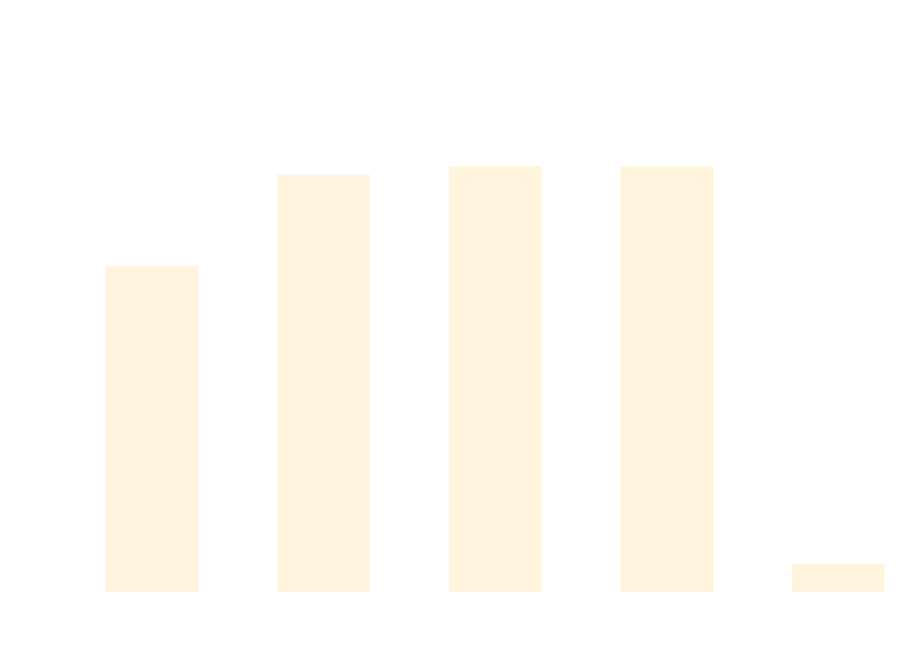
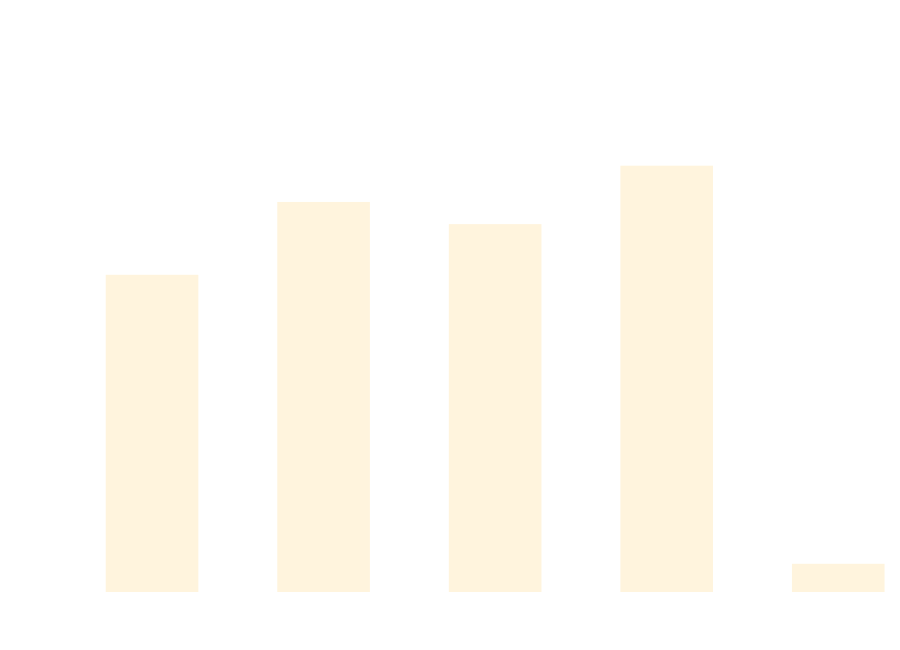
Before and after one commit to thomhurst/TUnit: the diagram in docs/docs/benchmarks/DataDrivenTests.md, drawn with Mermaid. The commit also changed other lines of this file and 17 other files, not shown here.

````diff
--- a/docs/docs/benchmarks/DataDrivenTests.md
+++ b/docs/docs/benchmarks/DataDrivenTests.md
@@ -27,37 +27,37 @@
 ```mermaid
 %%{init: {
   'theme':'base',
   'themeVariables': {
     'primaryColor': '#2563eb',
     'primaryTextColor': '#ffffff',
     'primaryBorderColor': '#1e40af',
     'lineColor': '#6b7280',
     'secondaryColor': '#7c3aed',
     'tertiaryColor': '#dc2626',
     'background': '#ffffff',
     'mainBkg': '#2563eb',
     'secondBkg': '#7c3aed',
     'tertiaryBkg': '#dc2626',
     'clusterBkg': '#f3f4f6',
     'edgeLabelBackground': '#ffffff',
     'tertiaryTextColor': '#1f2937',
     'pie1': '#2563eb',
     'pie2': '#7c3aed',
     'pie3': '#dc2626',
     'pie4': '#f59e0b',
     'pie5': '#10b981',
     'pie6': '#06b6d4',
     'pie7': '#ec4899',
     'pie8': '#6366f1',
     'pie9': '#84cc16',
     'pie10': '#f97316',
     'pie11': '#14b8a6',
     'pie12': '#a855f7'
   }
 }}%%
 xychart-beta
   title "DataDrivenTests Performance Comparison"
   x-axis ["TUnit", "NUnit", "MSTest", "xUnit3", "TUnit_AOT"]
-  y-axis "Time (ms)" 0 --> 702
-  bar [443.08, 572.03, 584.18, 584.03, 22.83]
+  y-axis "Time (ms)" 0 --> 773
+  bar [474.43, 587.6, 553.14, 643.96, 25.39]
 ```
````
